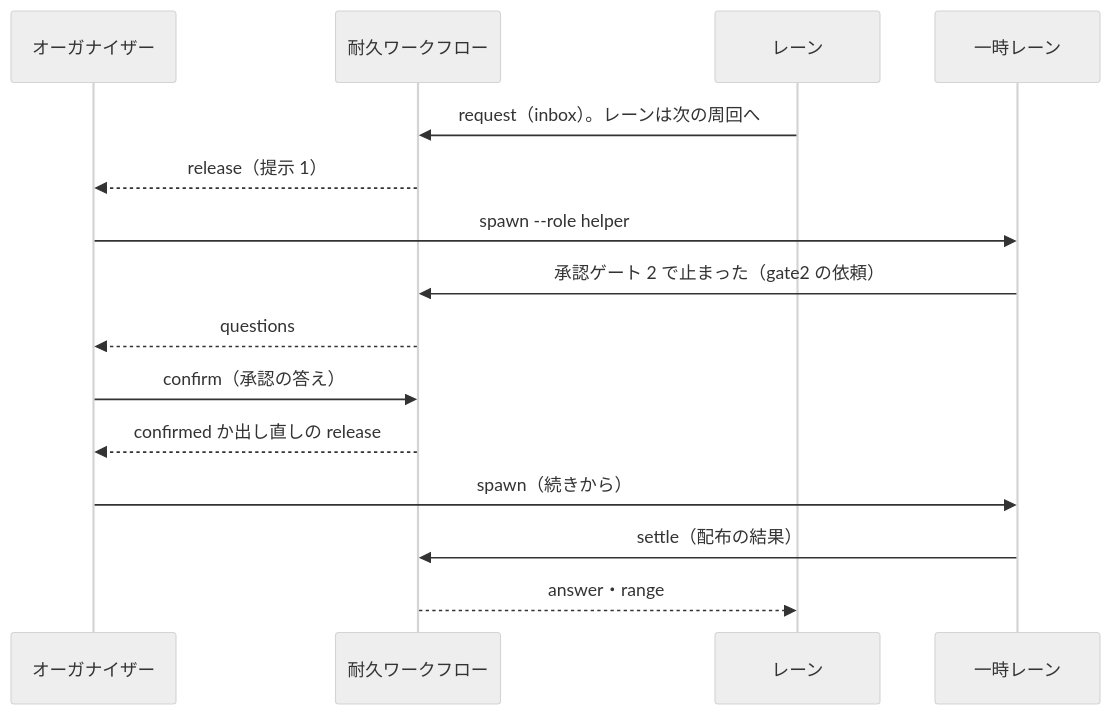
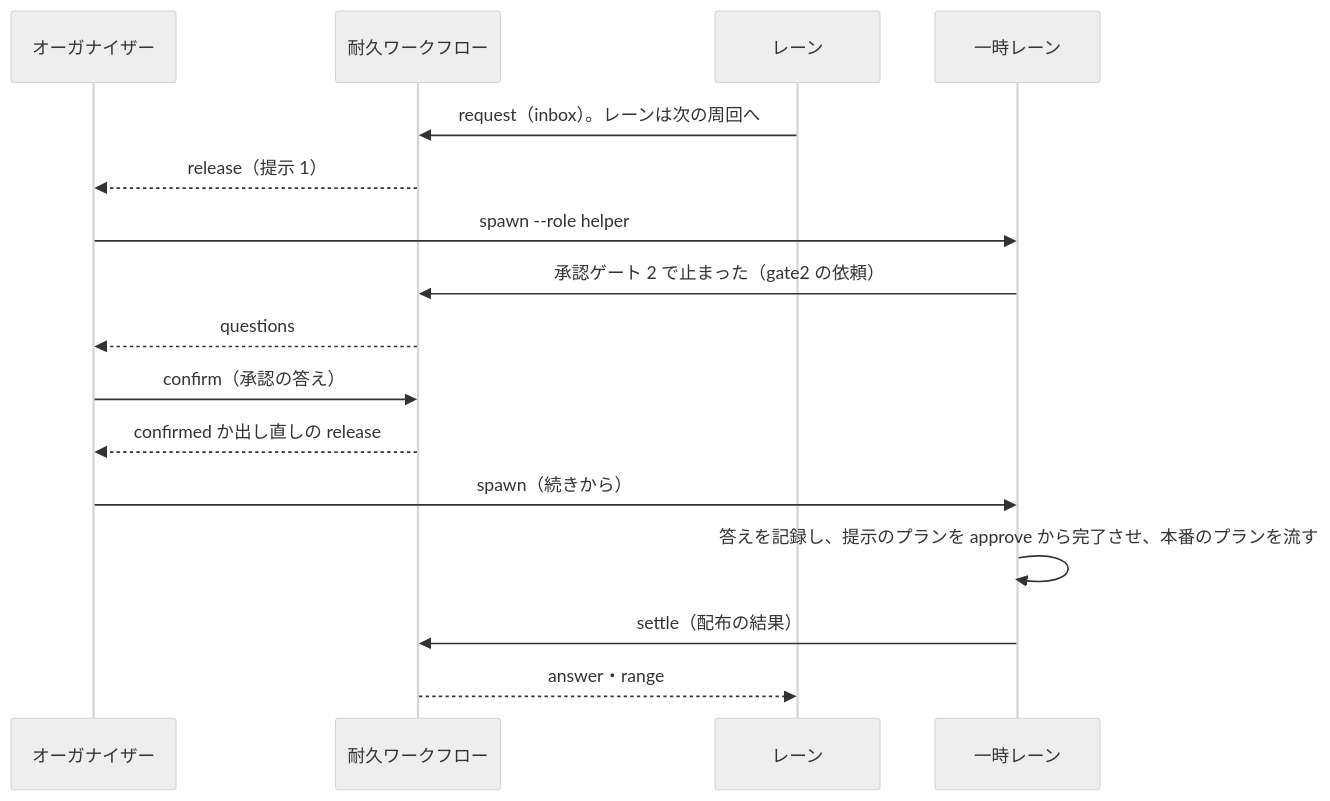
Before and after one commit to devbasex/ai-plugins: the fourth of 6 diagrams in issues/issue-2436-design.md, drawn with Mermaid (neutral theme). The commit also changed other lines of this file and 2 other files, not shown here.

````diff
--- a/issues/issue-2436-design.md
+++ b/issues/issue-2436-design.md
@@ -417,17 +417,18 @@
 ```mermaid
 sequenceDiagram
     participant O as オーガナイザー
     participant W as 耐久ワークフロー
     participant L as レーン
     participant H as 一時レーン
     L->>W: request（inbox）。レーンは次の周回へ
     W-->>O: release（提示 1）
     O->>H: spawn --role helper
     H->>W: 承認ゲート 2 で止まった（gate2 の依頼）
     W-->>O: questions
     O->>W: confirm（承認の答え）
     W-->>O: confirmed か出し直しの release
     O->>H: spawn（続きから）
+    H->>H: 答えを記録し、提示のプランを approve から完了させ、本番のプランを流す
     H->>W: settle（配布の結果）
     W-->>L: answer・range
 ```
````
